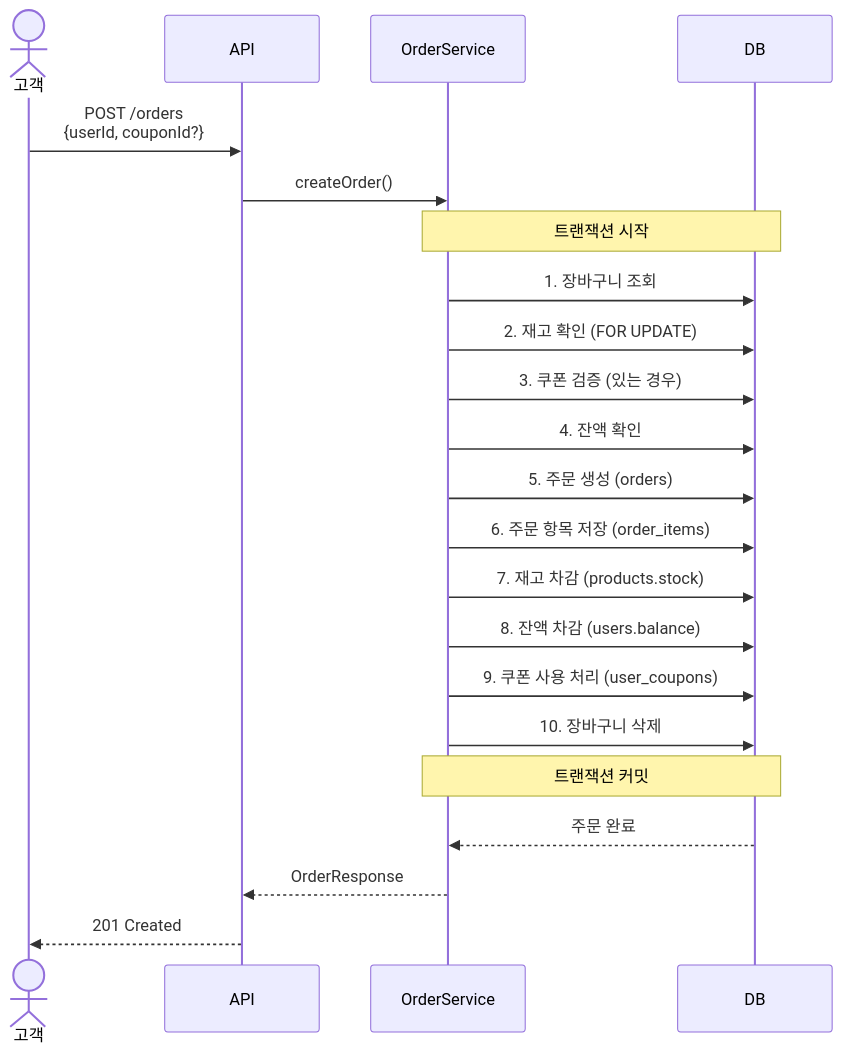
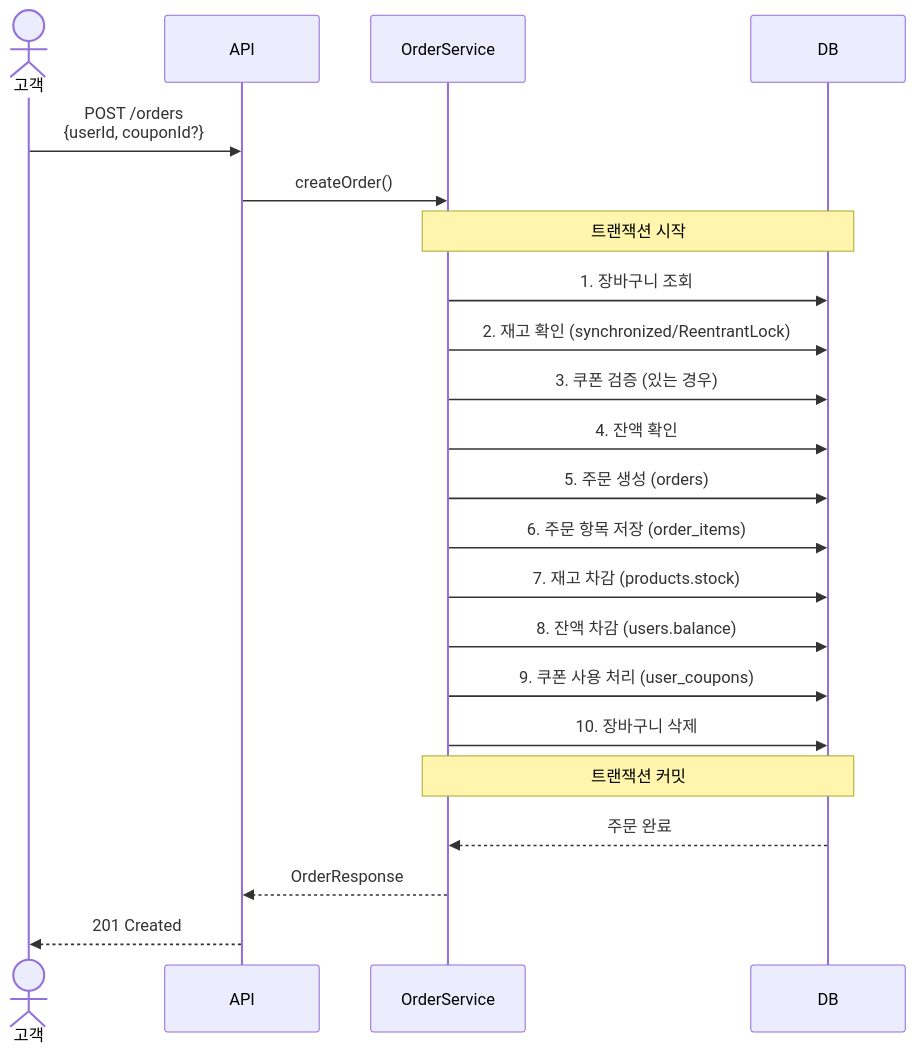
Before and after one commit to jaedeokhan/start-study: the fifth of 9 diagrams in week2-api-design-management/api-swagger/docs/api/sequence-diagrams.md, drawn with Mermaid. The commit also changed other lines of this file and 6 other files, not shown here.

Commit message:
chore: 상품, 주문, 결제, 쿠폰, 재고 ERD 및 시퀀스 및 ERD 구성

````diff
--- a/week2-api-design-management/api-swagger/docs/api/sequence-diagrams.md
+++ b/week2-api-design-management/api-swagger/docs/api/sequence-diagrams.md
@@ -113,30 +113,30 @@
 ```mermaid
 sequenceDiagram
     actor 고객
     participant API
     participant OrderService
     participant DB
 
     고객->>API: POST /orders<br/>{userId, couponId?}
     API->>OrderService: createOrder()
 
     Note over OrderService,DB: 트랜잭션 시작
 
     OrderService->>DB: 1. 장바구니 조회
-    OrderService->>DB: 2. 재고 확인 (FOR UPDATE)
+    OrderService->>DB: 2. 재고 확인 (synchronized/ReentrantLock)
     OrderService->>DB: 3. 쿠폰 검증 (있는 경우)
     OrderService->>DB: 4. 잔액 확인
 
     OrderService->>DB: 5. 주문 생성 (orders)
     OrderService->>DB: 6. 주문 항목 저장 (order_items)
     OrderService->>DB: 7. 재고 차감 (products.stock)
     OrderService->>DB: 8. 잔액 차감 (users.balance)
     OrderService->>DB: 9. 쿠폰 사용 처리 (user_coupons)
     OrderService->>DB: 10. 장바구니 삭제
 
     Note over OrderService,DB: 트랜잭션 커밋
 
     DB-->>OrderService: 주문 완료
     OrderService-->>API: OrderResponse
     API-->>고객: 201 Created
 ```
````
